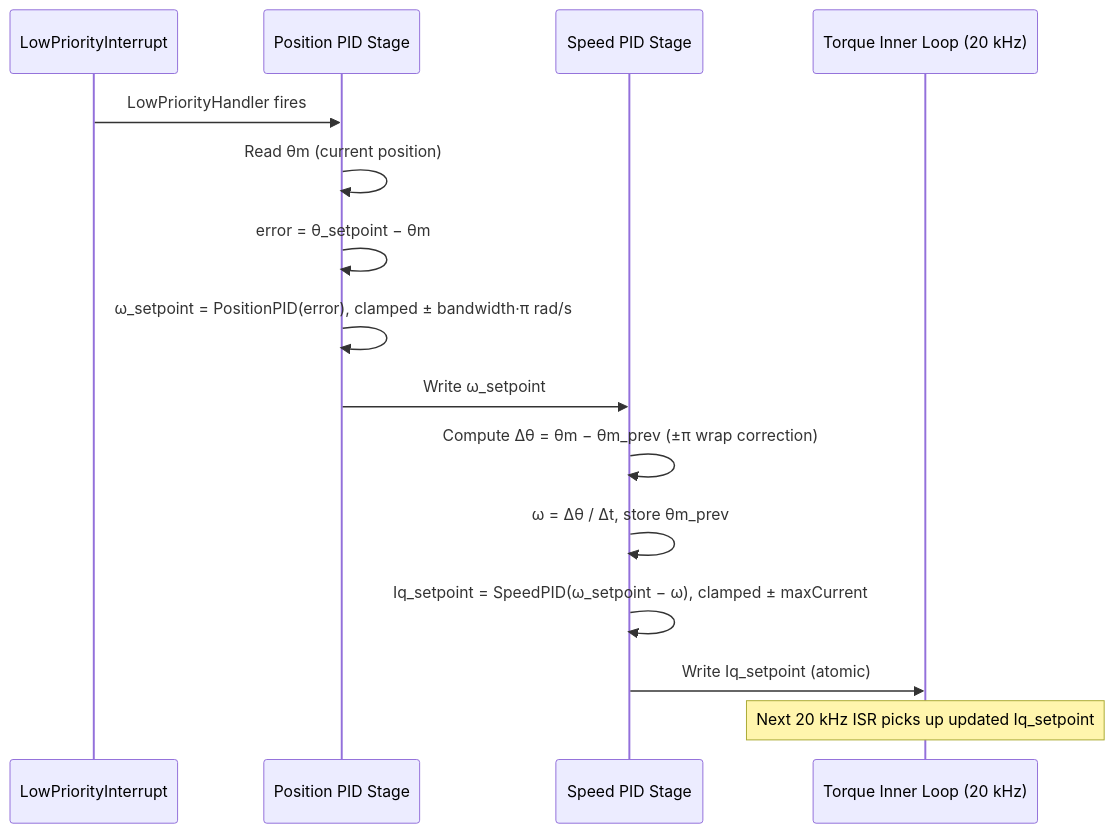
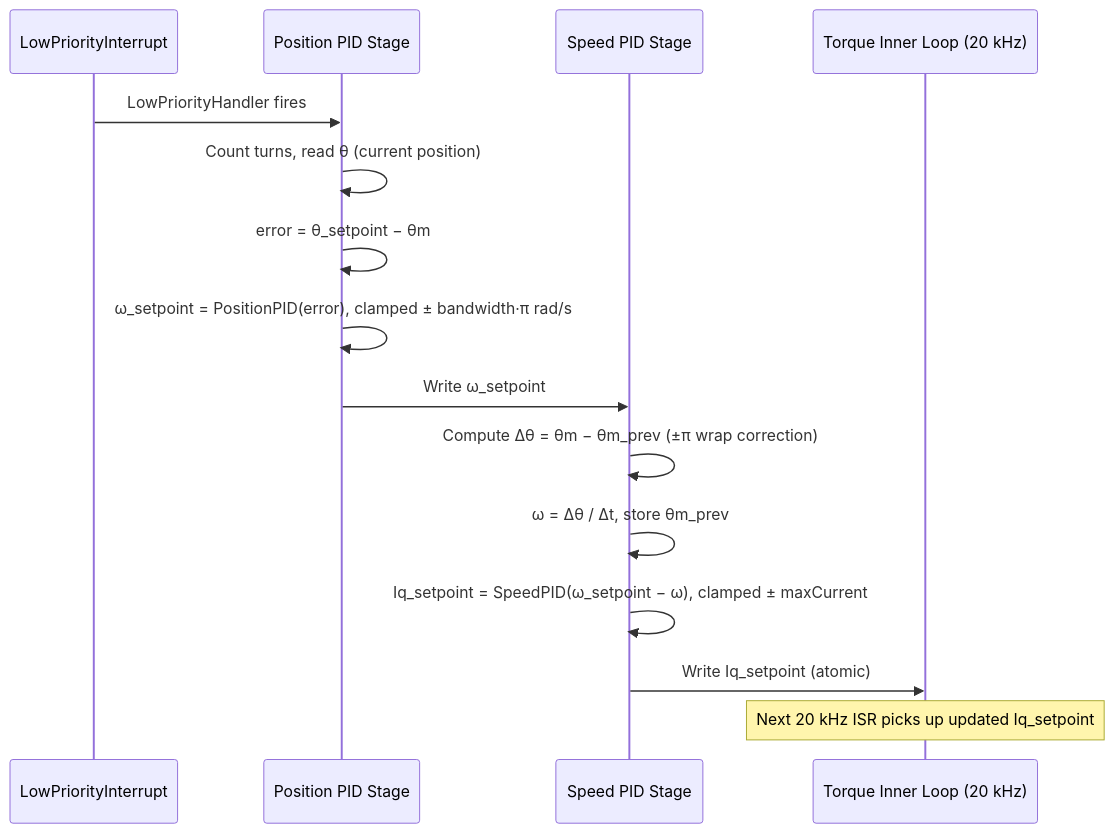
Before and after one commit to embedded-pro/e-foc: the eighth of 9 diagrams in documentation/design/foc-position.md, drawn with Mermaid. The commit also changed other lines of this file and 62 other files, not shown here.

````diff
--- a/documentation/design/foc-position.md
+++ b/documentation/design/foc-position.md
@@ -326,18 +386,18 @@
 ```mermaid
 sequenceDiagram
     participant LPI as LowPriorityInterrupt
     participant PosLoop as Position PID Stage
     participant SpdLoop as Speed PID Stage
     participant Inner as Torque Inner Loop (20 kHz)
 
     LPI->>PosLoop: LowPriorityHandler fires
-    PosLoop->>PosLoop: Read θm (current position)
+    PosLoop->>PosLoop: Count turns, read θ (current position)
     PosLoop->>PosLoop: error = θ_setpoint − θm
     PosLoop->>PosLoop: ω_setpoint = PositionPID(error), clamped ± bandwidth·π rad/s
     PosLoop->>SpdLoop: Write ω_setpoint
     SpdLoop->>SpdLoop: Compute Δθ = θm − θm_prev (±π wrap correction)
     SpdLoop->>SpdLoop: ω = Δθ / Δt, store θm_prev
     SpdLoop->>SpdLoop: Iq_setpoint = SpeedPID(ω_setpoint − ω), clamped ± maxCurrent
     SpdLoop->>Inner: Write Iq_setpoint (atomic)
     Note over Inner: Next 20 kHz ISR picks up updated Iq_setpoint
 ```
````
